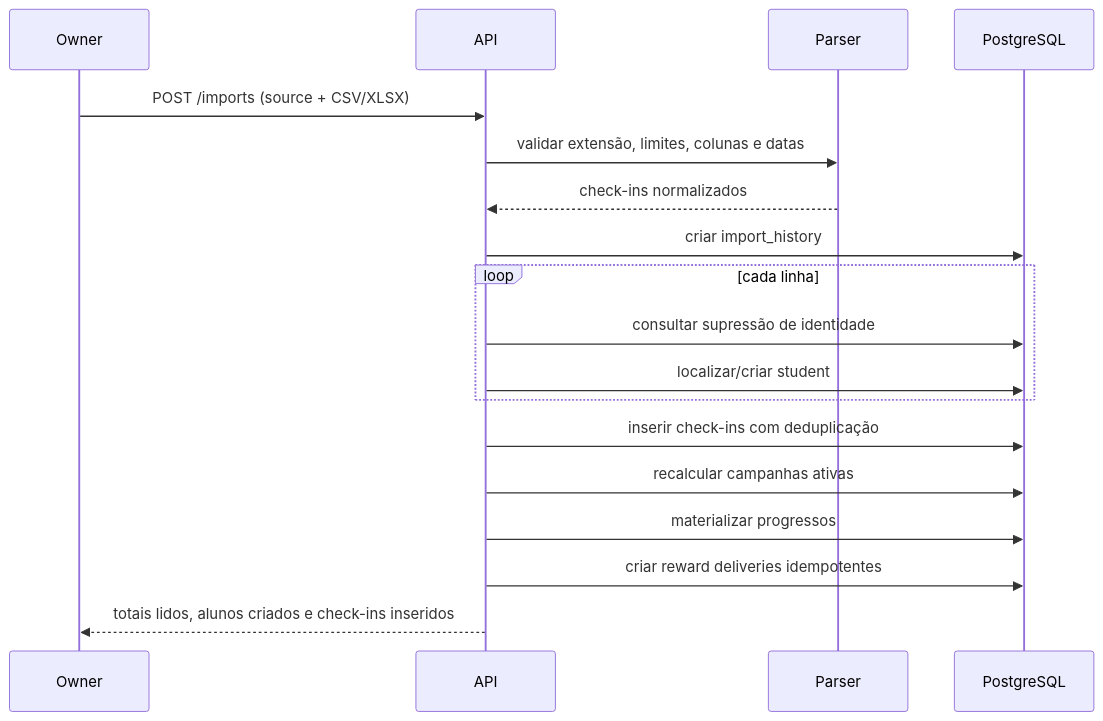
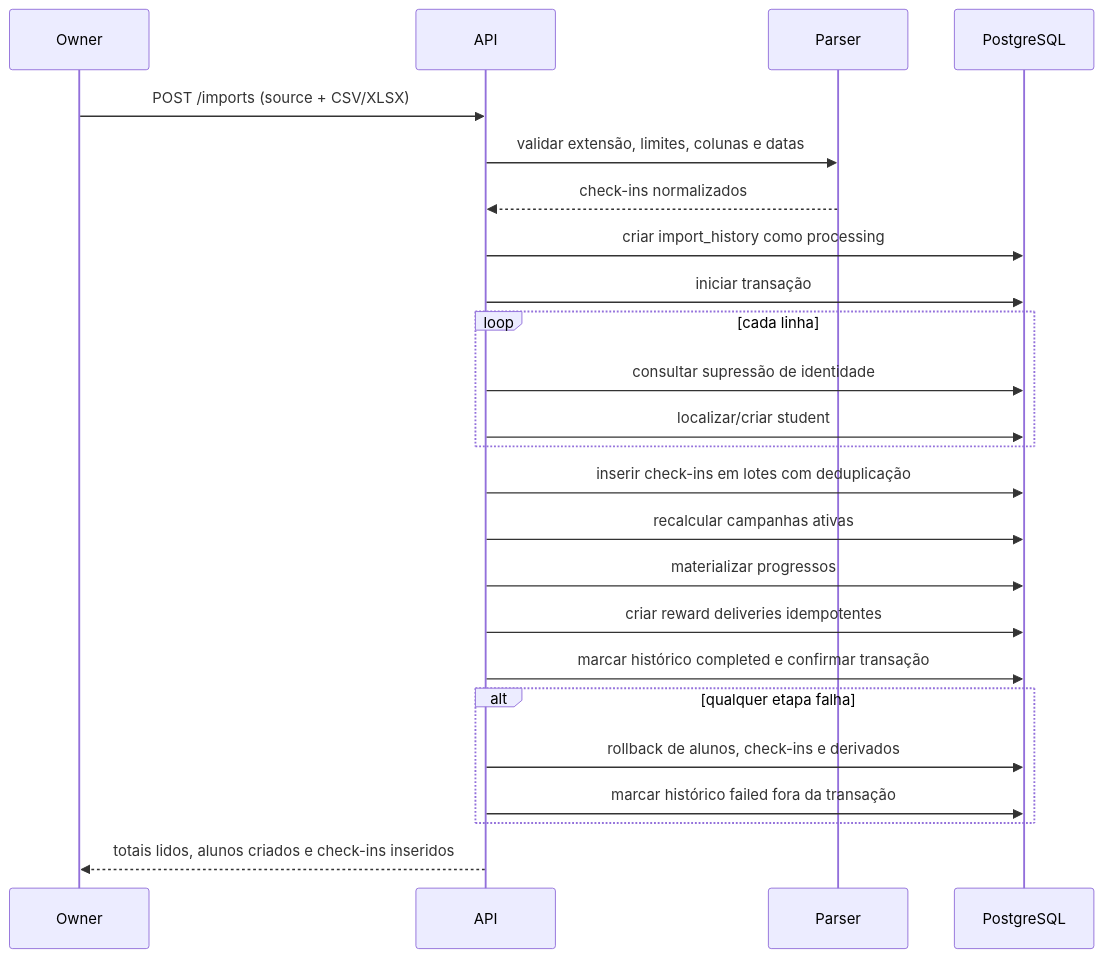
One commit to rodrigueslp/engage-fit-be changed the fourth of 5 diagrams in docs/system-design.md. Above: the diagram before and after it, drawn with Mermaid. The commit also changed other lines of this file and 23 other files, not shown here.

````diff
--- a/docs/system-design.md
+++ b/docs/system-design.md
@@ -353,20 +353,26 @@
 ```mermaid
 sequenceDiagram
     participant O as Owner
     participant API as API
     participant P as Parser
     participant DB as PostgreSQL
     O->>API: POST /imports (source + CSV/XLSX)
     API->>P: validar extensão, limites, colunas e datas
     P-->>API: check-ins normalizados
-    API->>DB: criar import_history
+    API->>DB: criar import_history como processing
+    API->>DB: iniciar transação
     loop cada linha
         API->>DB: consultar supressão de identidade
         API->>DB: localizar/criar student
     end
-    API->>DB: inserir check-ins com deduplicação
+    API->>DB: inserir check-ins em lotes com deduplicação
     API->>DB: recalcular campanhas ativas
     API->>DB: materializar progressos
     API->>DB: criar reward deliveries idempotentes
+    API->>DB: marcar histórico completed e confirmar transação
+    alt qualquer etapa falha
+        API->>DB: rollback de alunos, check-ins e derivados
+        API->>DB: marcar histórico failed fora da transação
+    end
     API-->>O: totais lidos, alunos criados e check-ins inseridos
 ```
````
